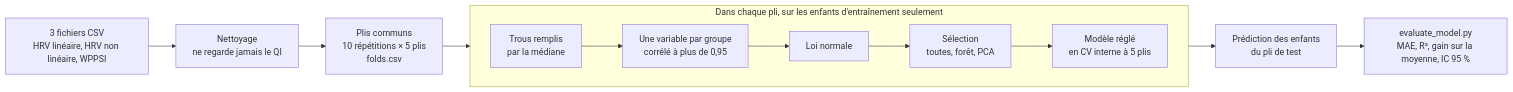
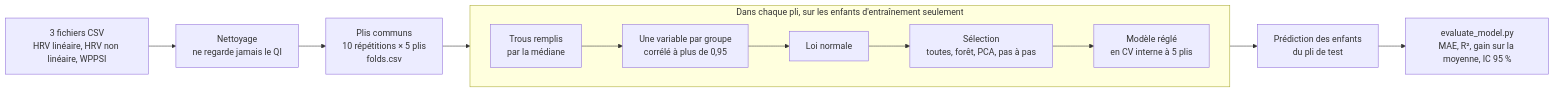
Before and after one commit to 1p0tato1/FSIQ-from-ECG: the first of 2 diagrams in GroupA/Jade/README_fr.md, drawn with Mermaid. The commit also changed other lines of this file and 15 other files, not shown here.

````diff
--- a/GroupA/Jade/README_fr.md
+++ b/GroupA/Jade/README_fr.md
@@ -129,12 +103,12 @@
 ```mermaid
 flowchart LR
     A["3 fichiers CSV<br/>HRV linéaire, HRV non linéaire, WPPSI"] --> B["Nettoyage<br/>ne regarde jamais le QI"]
     B --> C["Plis communs<br/>10 répétitions × 5 plis<br/>folds.csv"]
     C --> S
     subgraph S ["Dans chaque pli, sur les enfants d'entraînement seulement"]
         direction LR
-        D["Trous remplis<br/>par la médiane"] --> E["Une variable par groupe<br/>corrélé à plus de 0,95"] --> F["Loi normale"] --> G["Sélection<br/>toutes, forêt, PCA"] --> H["Modèle réglé<br/>en CV interne à 5 plis"]
+        D["Trous remplis<br/>par la médiane"] --> E["Une variable par groupe<br/>corrélé à plus de 0,95"] --> F["Loi normale"] --> G["Sélection<br/>toutes, forêt, PCA, pas à pas"] --> H["Modèle réglé<br/>en CV interne à 5 plis"]
     end
     S --> I["Prédiction des enfants<br/>du pli de test"]
     I --> J["evaluate_model.py<br/>MAE, R², gain sur la moyenne, IC 95 %"]
 ```
````
